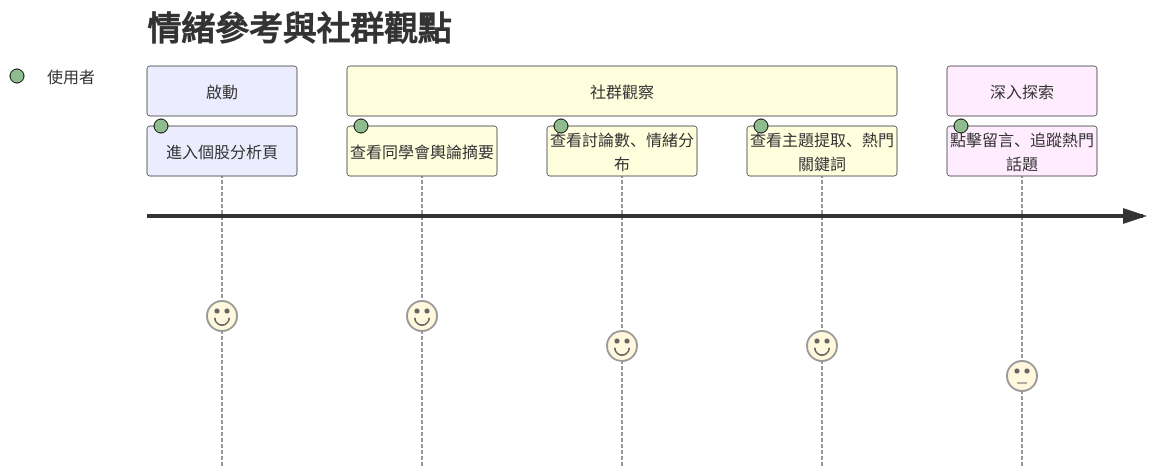
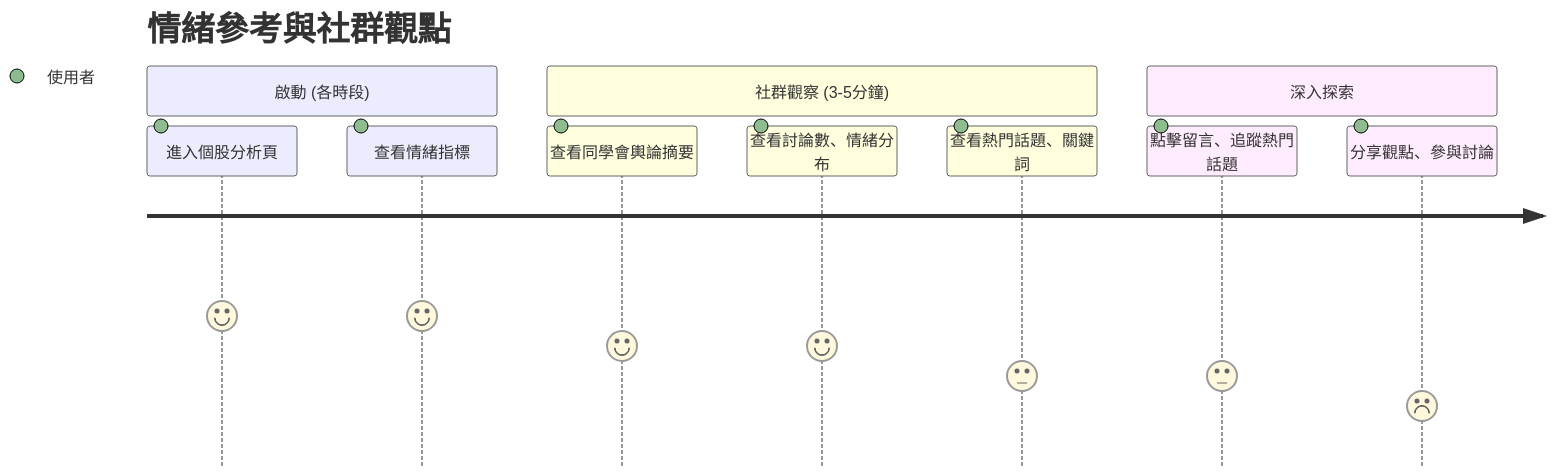
Before and after one commit to hihihowru/ai-chatbot-proxy: the diagram in user_journey_map/yong-hulcheng-si.md, drawn with Mermaid. The commit also changed other lines of this file and 7 other files, not shown here.

````diff
--- a/user_journey_map/yong-hulcheng-si.md
+++ b/user_journey_map/yong-hulcheng-si.md
@@ -8,12 +13,14 @@
 ```mermaid
 journey
     title 情緒參考與社群觀點
-    section 啟動
+    section 啟動 (各時段)
       進入個股分析頁: 5: 使用者
-    section 社群觀察
-      查看同學會輿論摘要: 5: 使用者
+      查看情緒指標: 5: 使用者
+    section 社群觀察 (3-5分鐘)
+      查看同學會輿論摘要: 4: 使用者
       查看討論數、情緒分布: 4: 使用者
-      查看主題提取、熱門關鍵詞: 4: 使用者
+      查看熱門話題、關鍵詞: 3: 使用者
     section 深入探索
       點擊留言、追蹤熱門話題: 3: 使用者
+      分享觀點、參與討論: 2: 使用者
 ```
````
